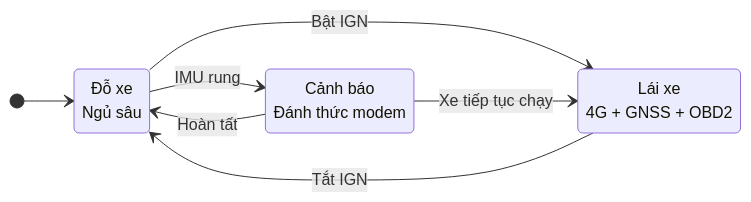
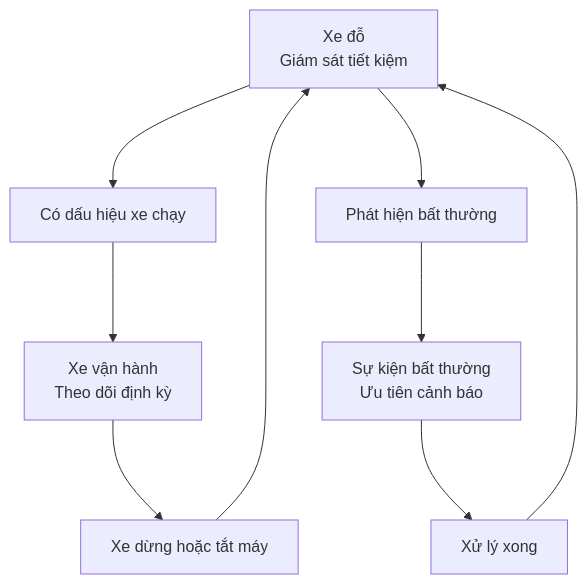
The diagram in resources/reports/thesis/final/assets/uml/01-chuong-1-gioi-thieu-hinh-1-4.mmd (anmh1205/IoT_Vehicle_Tracking_System), drawn with Mermaid before and after one commit. The commit also changed 219 other files, not shown here.

```diff
--- a/resources/reports/thesis/final/assets/uml/01-chuong-1-gioi-thieu-hinh-1-4.mmd
+++ b/resources/reports/thesis/final/assets/uml/01-chuong-1-gioi-thieu-hinh-1-4.mmd
@@ -1,12 +1,13 @@
-stateDiagram-v2
-    direction LR
-    [*] --> Parking
-    state "Đỗ xe<br/>Ngủ sâu" as Parking
-    state "Lái xe<br/>4G + GNSS + OBD2" as Driving
-    state "Cảnh báo<br/>Đánh thức modem" as Alert
+%%{init: {'flowchart': {'nodeSpacing': 80, 'rankSpacing': 100}} }%%
+flowchart TB
+    Parking["Xe đỗ<br/>Giám sát tiết kiệm"]
+    Move["Có dấu hiệu xe chạy"]
+    Driving["Xe vận hành<br/>Theo dõi định kỳ"]
+    Stop["Xe dừng hoặc tắt máy"]
+    AlertSignal["Phát hiện bất thường"]
+    Alert["Sự kiện bất thường<br/>Ưu tiên cảnh báo"]
+    Done["Xử lý xong"]
 
-    Parking --> Driving: Bật IGN
-    Driving --> Parking: Tắt IGN
-    Parking --> Alert: IMU rung
-    Alert --> Parking: Hoàn tất
-    Alert --> Driving: Xe tiếp tục chạy
+    Parking --> Move --> Driving
+    Driving --> Stop --> Parking
+    Parking --> AlertSignal --> Alert --> Done --> Parking
```
